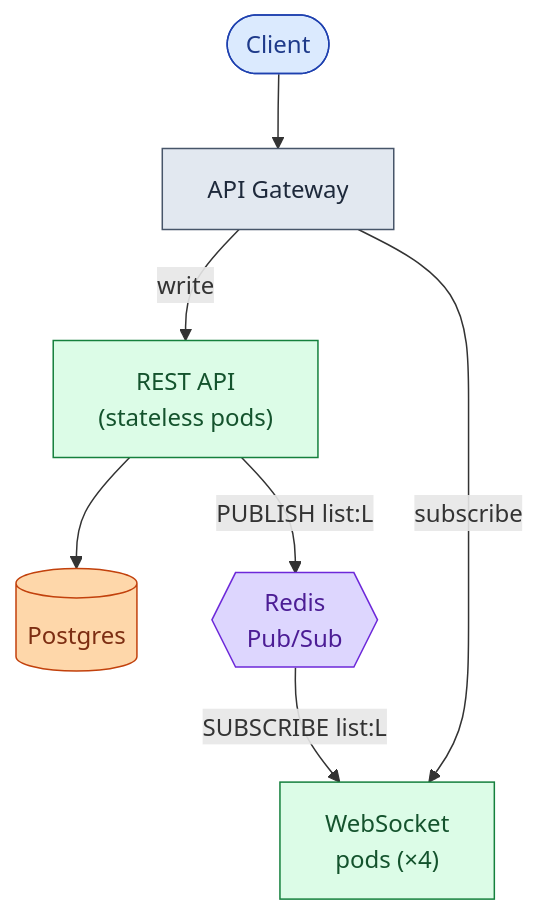
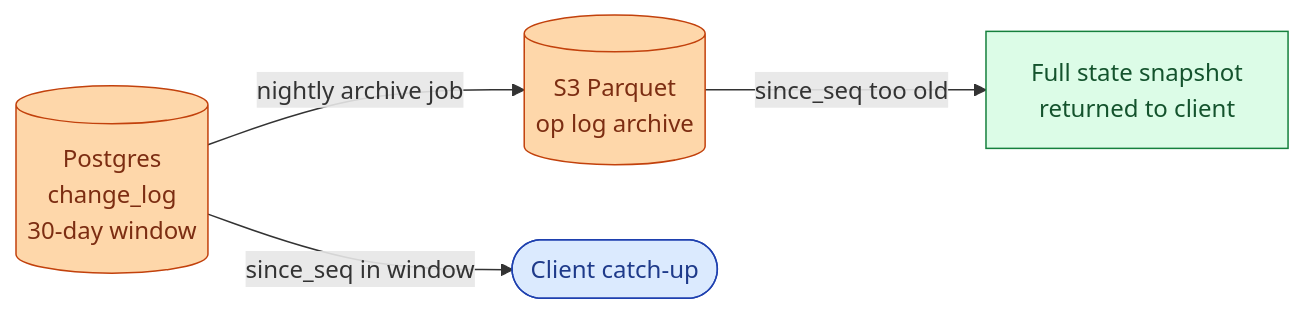
The eighth of 17 diagrams in _practice/system-design/013-todo-list-sharing.md (shiningflash/shiningflash.github.io), drawn with Mermaid before and after one commit. The commit also changed other lines of this file and 18 other files, not shown here.

````diff
--- a/_practice/system-design/013-todo-list-sharing.md
+++ b/_practice/system-design/013-todo-list-sharing.md
@@ -303,15 +365,10 @@
 ```mermaid
-flowchart TB
-    C([Client]):::user --> GW["API Gateway"]:::edge
-    GW -->|write| API["REST API<br/>(stateless pods)"]:::app
-    GW -->|subscribe| WS["WebSocket<br/>pods (×4)"]:::app
-    API --> DB[("Postgres")]:::db
-    API -->|PUBLISH list:L| Redis{{"Redis<br/>Pub/Sub"}}:::queue
-    Redis -->|SUBSCRIBE list:L| WS
+flowchart LR
+    Hot[("Postgres<br/>change_log<br/>30-day window")]:::db -->|"nightly archive job"| Cold[("S3 Parquet<br/>op log archive")]:::db
+    Hot -->|since_seq in window| Client([Client catch-up]):::user
+    Cold -->|since_seq too old| Snapshot["Full state snapshot<br/>returned to client"]:::app
 
-    classDef user  fill:#dbeafe,stroke:#1e40af,color:#1e3a8a
-    classDef edge  fill:#e2e8f0,stroke:#475569,color:#1e293b
-    classDef app   fill:#dcfce7,stroke:#15803d,color:#14532d
-    classDef db    fill:#fed7aa,stroke:#c2410c,color:#7c2d12
-    classDef queue fill:#ddd6fe,stroke:#6d28d9,color:#4c1d95
+    classDef db   fill:#fed7aa,stroke:#c2410c,color:#7c2d12
+    classDef user fill:#dbeafe,stroke:#1e40af,color:#1e3a8a
+    classDef app  fill:#dcfce7,stroke:#15803d,color:#14532d
 ```
````
